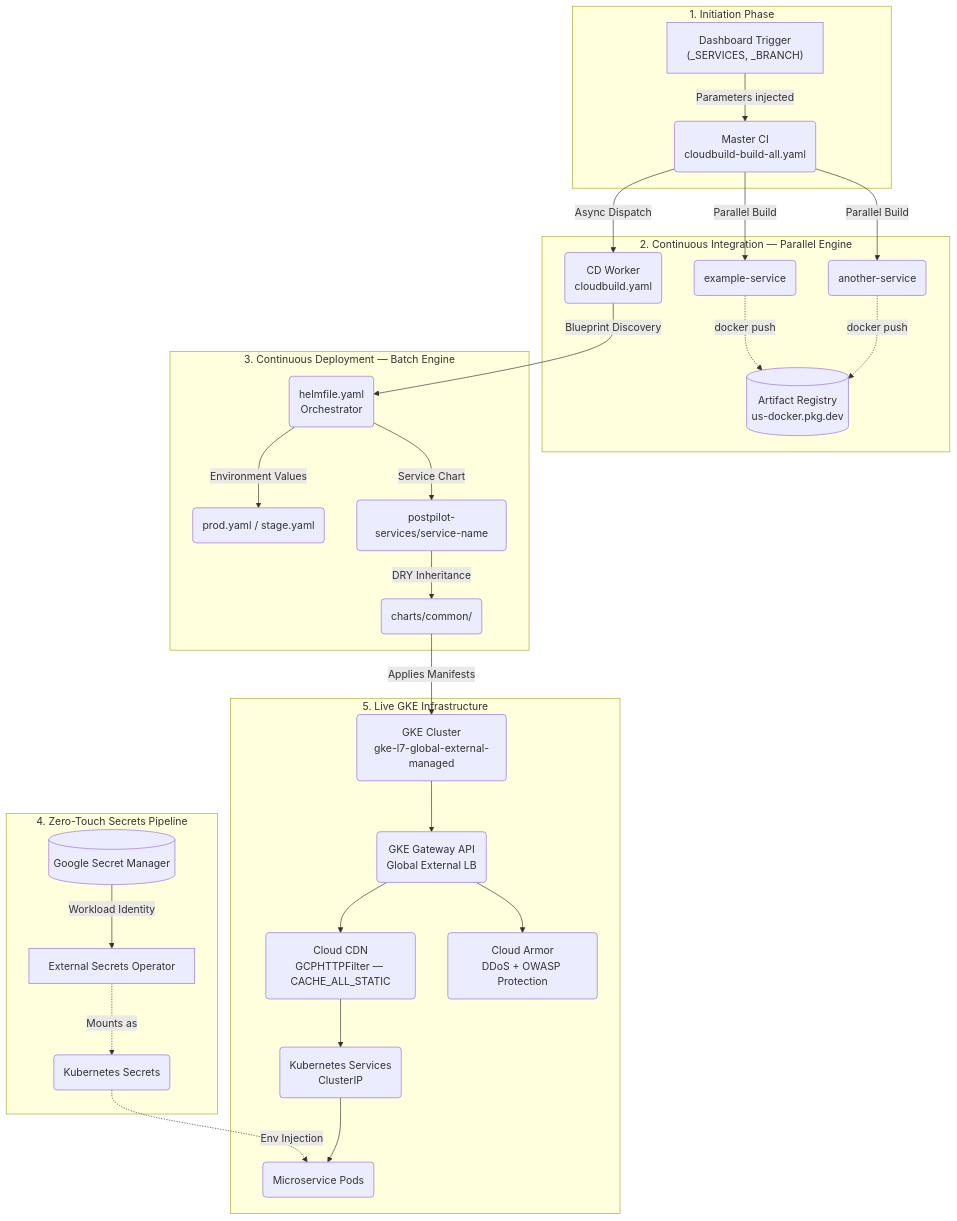
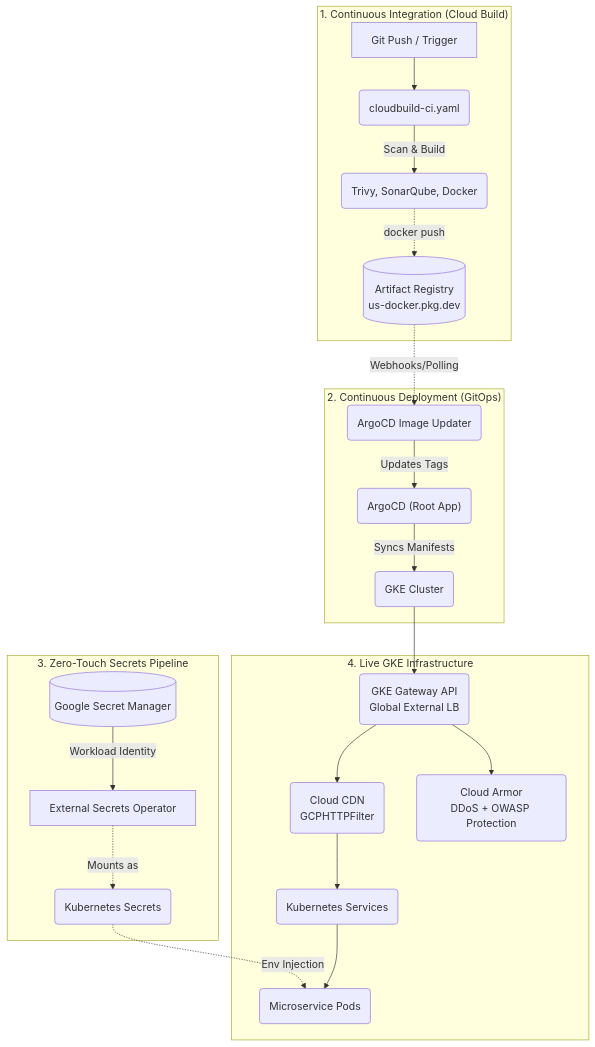
Before and after one commit to edwinkullu/DevSecOps: the diagram in README.md, drawn with Mermaid. The commit also changed other lines of this file, not shown here.

Commit message:
docs: rewrite README end-to-end to reflect new GitOps architecture

````diff
--- a/README.md
+++ b/README.md
@@ -28,35 +28,28 @@
 ```mermaid
 graph TD
-    subgraph "1. Initiation Phase"
-        A["Dashboard Trigger\n(_SERVICES, _BRANCH)"] -->|Parameters injected| B("Master CI\ncloudbuild-build-all.yaml")
+    subgraph "1. Continuous Integration (Cloud Build)"
+        A["Git Push / Trigger"] --> B("cloudbuild-ci.yaml")
+        B -->|Scan & Build| C("Trivy, SonarQube, Docker")
+        C -.->|docker push| AR[("Artifact Registry\nus-docker.pkg.dev")]
     end
 
-    subgraph "2. Continuous Integration — Parallel Engine"
-        B -->|Parallel Build| C1("example-service")
-        B -->|Parallel Build| C2("another-service")
-        C1 & C2 -.->|docker push| AR[("Artifact Registry\nus-docker.pkg.dev")]
-        B -->|Async Dispatch| CD("CD Worker\ncloudbuild.yaml")
+    subgraph "2. Continuous Deployment (GitOps)"
+        AR -.->|Webhooks/Polling| AIU("ArgoCD Image Updater")
+        AIU -->|Updates Tags| ARG("ArgoCD (Root App)")
+        ARG -->|Syncs Manifests| GKE("GKE Cluster")
     end
 
-    subgraph "3. Continuous Deployment — Batch Engine"
-        CD -->|Blueprint Discovery| H("helmfile.yaml\nOrchestrator")
-        H -->|Environment Values| EnvVar("prod.yaml / stage.yaml")
-        H -->|Service Chart| LocalChart("postpilot-services/service-name")
-        LocalChart -->|DRY Inheritance| CommonLib("charts/common/")
-    end
-
-    subgraph "4. Zero-Touch Secrets Pipeline"
+    subgraph "3. Zero-Touch Secrets Pipeline"
         GSM[("Google Secret Manager")] -->|Workload Identity| ESO["External Secrets Operator"]
         ESO -.->|Mounts as| KS("Kubernetes Secrets")
     end
 
-    subgraph "5. Live GKE Infrastructure"
-        CommonLib -->|Applies Manifests| GKE("GKE Cluster\ngke-l7-global-external-managed")
+    subgraph "4. Live GKE Infrastructure"
         GKE --> ING("GKE Gateway API\nGlobal External LB")
-        ING --> CDN("Cloud CDN\nGCPHTTPFilter — CACHE_ALL_STATIC")
+        ING --> CDN("Cloud CDN\nGCPHTTPFilter")
         ING --> ARMOR("Cloud Armor\nDDoS + OWASP Protection")
-        CDN --> SVC("Kubernetes Services\nClusterIP")
+        CDN --> SVC("Kubernetes Services")
         KS -.->|Env Injection| PODS("Microservice Pods")
         SVC --> PODS
     end
 ```
````
